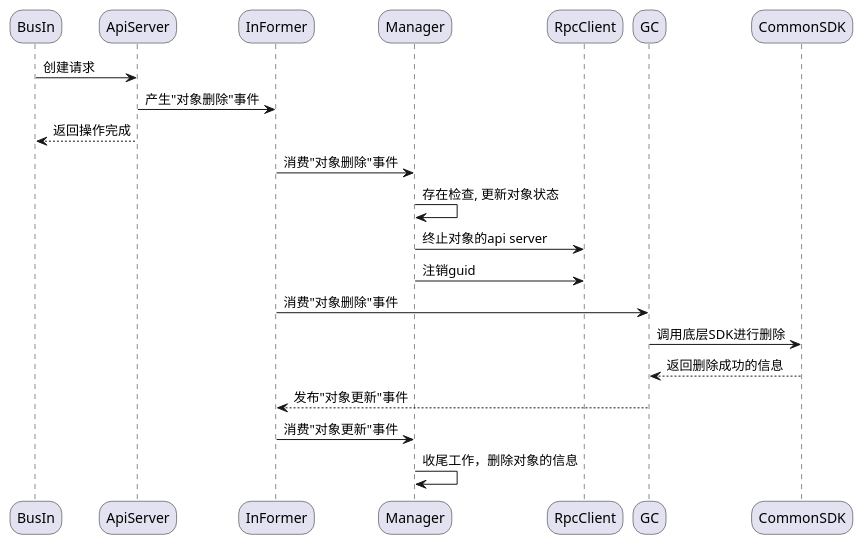
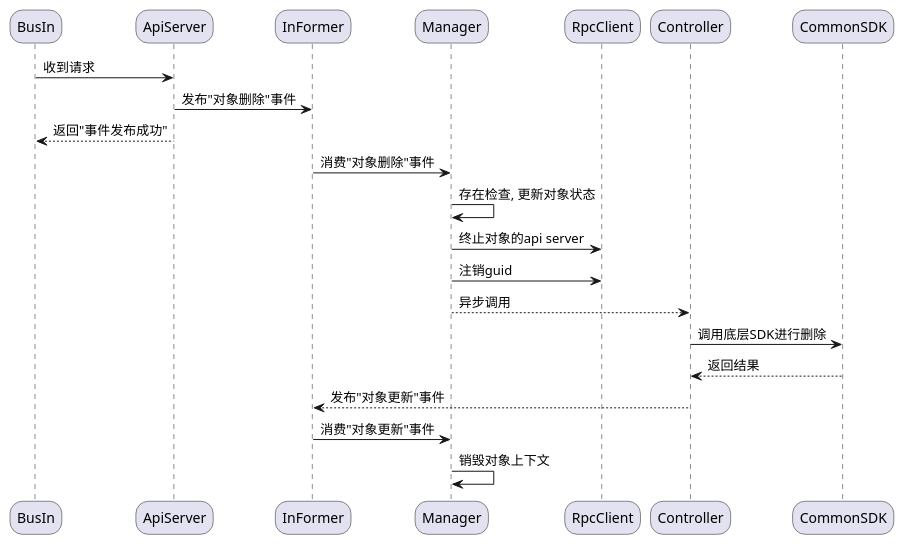
One commit to Faione/note changed the third of 7 diagrams in WorkNote/Agent设计v2/执行代理V0.2-重构-草稿.md. Above: the diagram before and after it, drawn with PlantUML. The commit also changed other lines of this file and 1 other file, not shown here.

````diff
--- a/WorkNote/Agent设计v2/执行代理V0.2-重构-草稿.md
+++ b/WorkNote/Agent设计v2/执行代理V0.2-重构-草稿.md
@@ -130,29 +129,29 @@
 ```plantuml
 @startuml
 skinparam roundCorner 25
 skinparam responseMessageBelowArrow true
 
 participant BusIn as f1
 participant ApiServer as f2
 participant InFormer as f3
 participant Manager as f4
 participant RpcClient as f5
-participant GC as f6
+participant Controller as f6
 participant CommonSDK as f7
 
 
-f1    ->     f2  :创建请求
-f2    ->     f3  :产生"对象删除"事件
-f2   -->     f1  :返回操作完成
+f1    ->     f2  :收到请求
+f2    ->     f3  :发布"对象删除"事件
+f2    -->    f1  :返回"事件发布成功"
 f3    ->     f4  :消费"对象删除"事件
 f4    ->     f4  :存在检查, 更新对象状态
 f4    ->     f5  :终止对象的api server
 f4    ->     f5  :注销guid
-f3    ->     f6  :消费"对象删除"事件
+f4    -->    f6  :异步调用
 f6    ->     f7  :调用底层SDK进行删除
-f7   -->     f6  :返回删除成功的信息
+f7   -->     f6  :返回结果
 f6   -->     f3  :发布"对象更新"事件
 f3    ->     f4  :消费"对象更新"事件
-f4    ->     f4  :收尾工作，删除对象的信息
+f4    ->     f4  :销毁对象上下文
 @enduml
 ```
````
